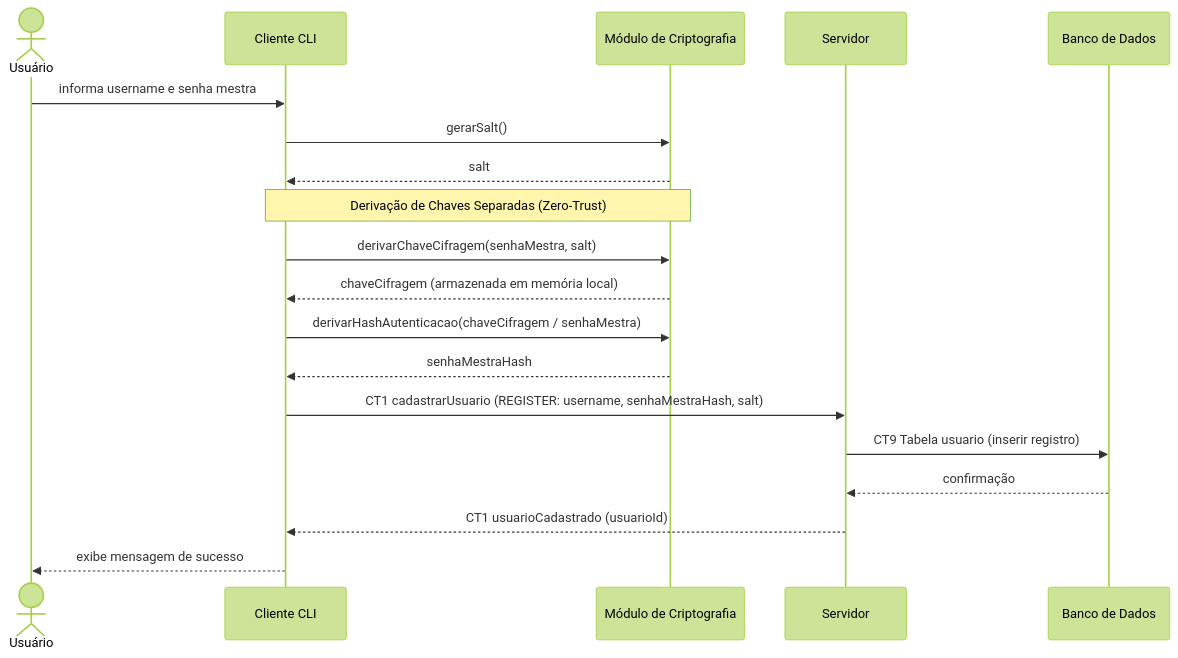
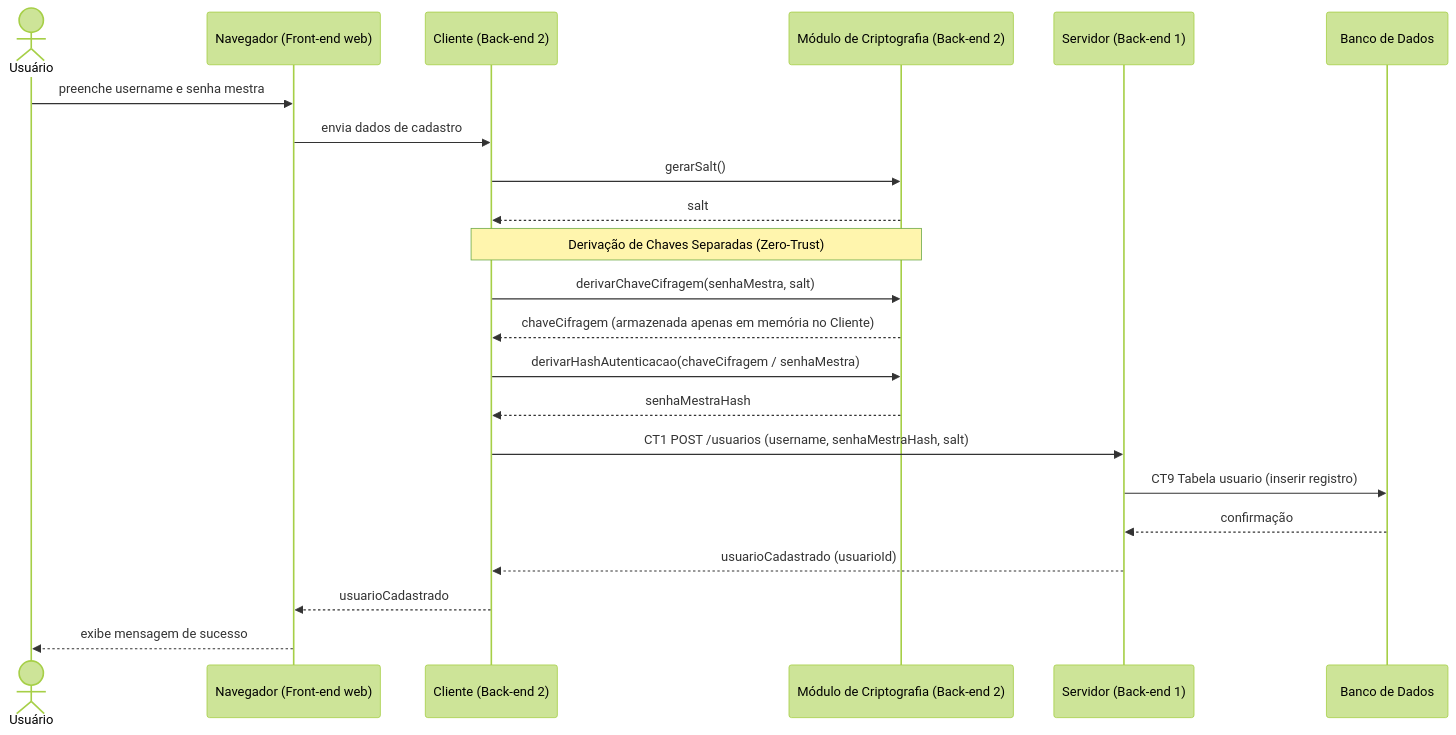
One commit to egili/pi4-0101-g6-frontend changed the diagram in docs/fluxos/E2-cadastro-usuario.md. Above: the diagram before and after it, drawn with Mermaid (forest theme). The commit also changed other lines of this file and 8 other files, not shown here.

First line of the commit message:
Docs: fluxos E1-E9 em web e REST (sem CLI nem socket)

````diff
--- a/docs/fluxos/E2-cadastro-usuario.md
+++ b/docs/fluxos/E2-cadastro-usuario.md
@@ -20,22 +20,25 @@
 ```mermaid
 sequenceDiagram
     actor U as Usuário
-    participant C as Cliente CLI
-    participant CM as Módulo de Criptografia
-    participant S as Servidor
+    participant N as Navegador (Front-end web)
+    participant C as Cliente (Back-end 2)
+    participant CM as Módulo de Criptografia (Back-end 2)
+    participant S as Servidor (Back-end 1)
     participant DB as Banco de Dados
 
-    U->>C: informa username e senha mestra
+    U->>N: preenche username e senha mestra
+    N->>C: envia dados de cadastro
     C->>CM: gerarSalt()
     CM-->>C: salt
     Note over C,CM: Derivação de Chaves Separadas (Zero-Trust)
     C->>CM: derivarChaveCifragem(senhaMestra, salt)
-    CM-->>C: chaveCifragem (armazenada em memória local)
+    CM-->>C: chaveCifragem (armazenada apenas em memória no Cliente)
     C->>CM: derivarHashAutenticacao(chaveCifragem / senhaMestra)
     CM-->>C: senhaMestraHash
-    C->>S: CT1 cadastrarUsuario (REGISTER: username, senhaMestraHash, salt)
+    C->>S: CT1 POST /usuarios (username, senhaMestraHash, salt)
     S->>DB: CT9 Tabela usuario (inserir registro)
     DB-->>S: confirmação
-    S-->>C: CT1 usuarioCadastrado (usuarioId)
-    C-->>U: exibe mensagem de sucesso
+    S-->>C: usuarioCadastrado (usuarioId)
+    C-->>N: usuarioCadastrado
+    N-->>U: exibe mensagem de sucesso
 ```
````
